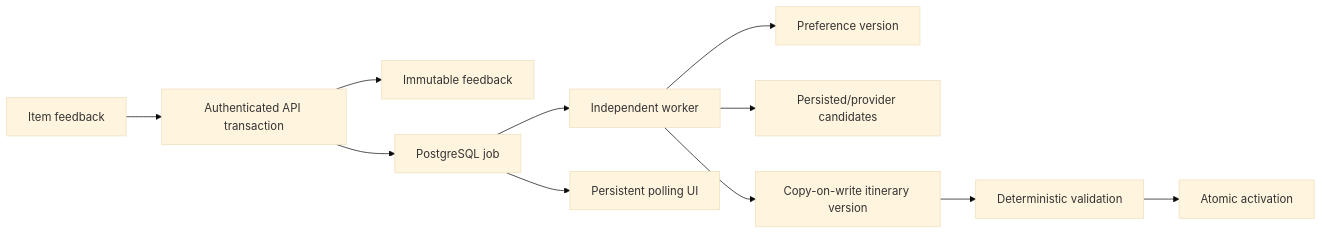
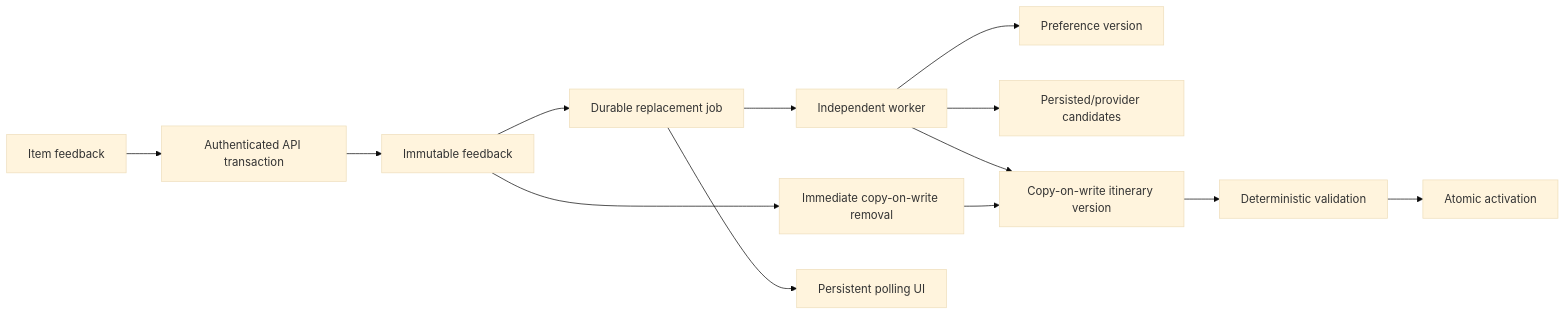
Before and after one commit to gbw30/TravleBuddy: the diagram in README.md, drawn with Mermaid (base theme). The commit also changed other lines of this file and 32 other files, not shown here.

Commit message:
Make adaptive removal immediate and reliable

````diff
--- a/README.md
+++ b/README.md
@@ -26,13 +27,15 @@
 ```mermaid
 flowchart LR
   U["Item feedback"] --> A["Authenticated API transaction"]
   A --> F["Immutable feedback"]
-  A --> J["PostgreSQL job"]
+  F --> R["Immediate copy-on-write removal"]
+  F --> J["Durable replacement job"]
   J --> W["Independent worker"]
   W --> P["Preference version"]
   W --> C["Persisted/provider candidates"]
   W --> I["Copy-on-write itinerary version"]
+  R --> I
   I --> V["Deterministic validation"]
   V --> X["Atomic activation"]
   J --> Q["Persistent polling UI"]
 ```
````
